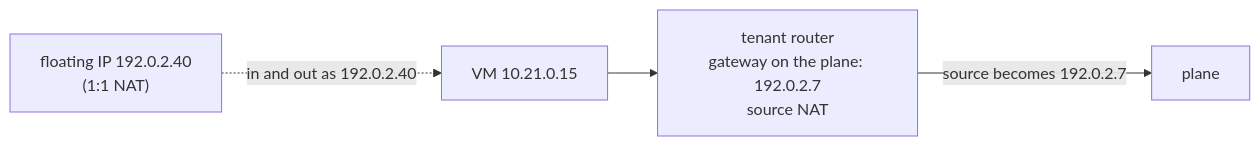
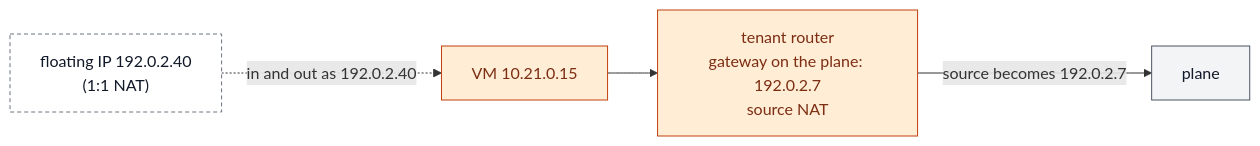
One commit to CyprisTech/openstack-multitenant-reference changed the first of 2 diagrams in docs/concepts/plane-attachment.md. Above: the diagram before and after it, drawn with Mermaid. The commit also changed other lines of this file and 17 other files, not shown here.

First line of the commit message:
Diagrams: tenants by exposure, one palette by role, compact diagrams

````diff
--- a/docs/concepts/plane-attachment.md
+++ b/docs/concepts/plane-attachment.md
@@ -21,6 +21,13 @@
 ```mermaid
 flowchart LR
     VM["VM 10.21.0.15"] --> R["tenant router<br/>gateway on the plane: 192.0.2.7<br/>source NAT"]
     R -->|"source becomes 192.0.2.7"| P["plane"]
     FIP["floating IP 192.0.2.40<br/>(1:1 NAT)"] -.->|"in and out as 192.0.2.40"| VM
+
+    classDef tenant fill:#ffedd5,stroke:#c2410c,color:#7c2d12
+    classDef plane fill:#f3f4f6,stroke:#4b5563,color:#111827
+    classDef other fill:#ffffff,stroke:#6b7280,color:#111827,stroke-dasharray:4 3
+    class VM,R tenant
+    class P plane
+    class FIP other
 ```
````
